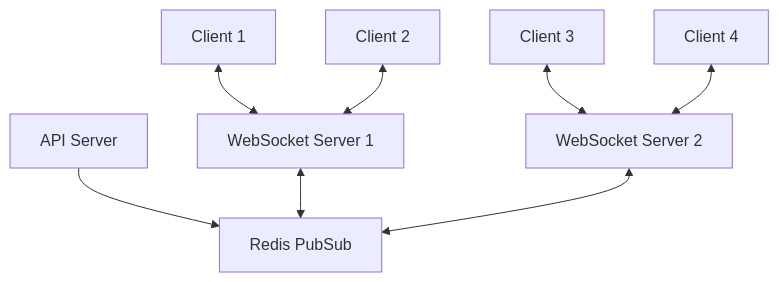
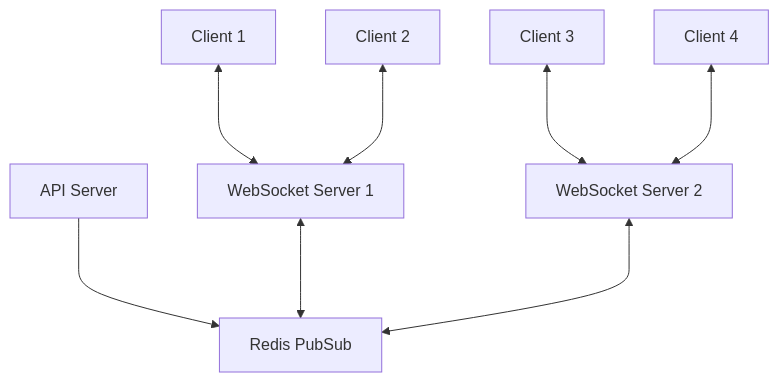
One commit to lirlia/zenn changed the second of 5 diagrams in articles/18812fe56bf0c1.md. Above: the diagram before and after it, drawn with Mermaid. The commit also changed other lines of this file, not shown here.

Commit message:
記事タイトルと内容を更新し、WebSocketを活用したリアルタイムメッセージ配信基盤の構築に関する情報を整理しました。具体的には、アーキテクチャの選択肢やメッセージ配信の品質保証について詳述し、マネージドWebSocketサービスの選択肢も追加しました。

````diff
--- a/articles/18812fe56bf0c1.md
+++ b/articles/18812fe56bf0c1.md
@@ -105,12 +105,12 @@
 ```mermaid
 graph TD
-    API[API Server] --> RP[Redis PubSub]
+    API[API Server] ---> RP[Redis PubSub]
     
-    C1[Client 1] <--> WS1[WebSocket Server 1]
-    C2[Client 2] <--> WS1
-    C3[Client 3] <--> WS2[WebSocket Server 2]
-    C4[Client 4] <--> WS2
+    C1[Client 1] <---> WS1[WebSocket Server 1]
+    C2[Client 2] <---> WS1
+    C3[Client 3] <---> WS2[WebSocket Server 2]
+    C4[Client 4] <---> WS2
     
-    WS1 <--> RP
-    WS2 <--> RP
+    WS1 <---> RP
+    WS2 <---> RP
 ```
````
